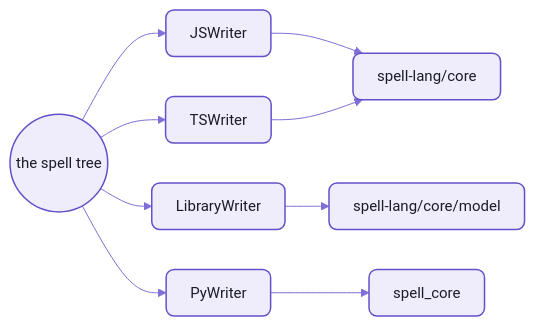
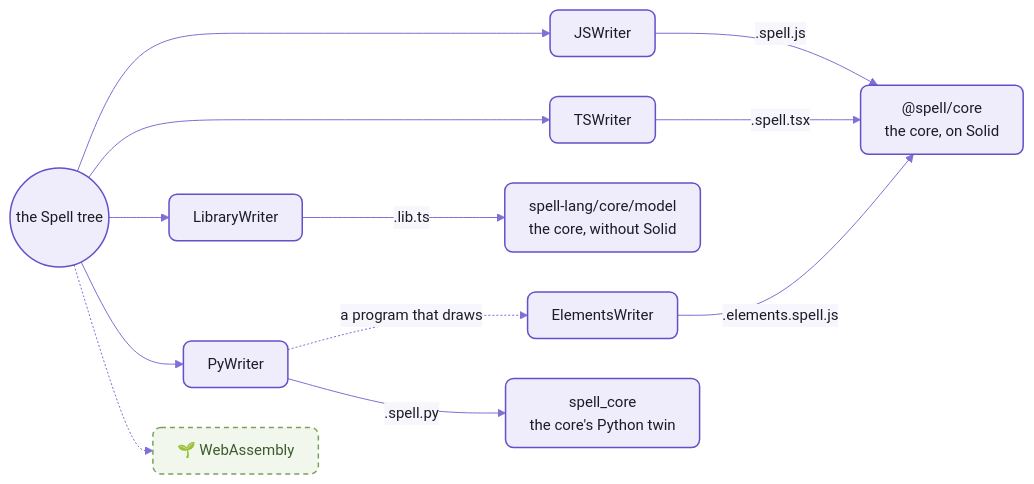
One commit to spell-app/spell changed the diagram in parser/README-targets.md. Above: the diagram before and after it, drawn with Mermaid. The commit also changed other lines of this file and 7 other files, not shown here.

Commit message:
readme P11:  Voice Rewrite -- spell-lang's seven pages in the chosen voice

````diff
--- a/parser/README-targets.md
+++ b/parser/README-targets.md
@@ -14,14 +70,19 @@
 ```mermaid
 %%{init: {"theme":"base","themeVariables":{"fontFamily":"-apple-system, BlinkMacSystemFont, Segoe UI, Helvetica, Arial, sans-serif","fontSize":"15px","primaryColor":"#EFECFB","primaryBorderColor":"#6550CA","primaryTextColor":"#1A1C27","secondaryColor":"#F4F1E9","tertiaryColor":"#F7F6FC","lineColor":"#7F6FD6","textColor":"#7F6FD6","clusterBkg":"#F7F6FC","clusterBorder":"#B9B0E8","titleColor":"#1A1C27","edgeLabelBackground":"#F7F6FC","actorBkg":"#EFECFB","actorBorder":"#6550CA","actorTextColor":"#1A1C27","actorLineColor":"#9C90DE","signalColor":"#7F6FD6","signalTextColor":"#7F6FD6","labelBoxBkgColor":"#EFECFB","labelBoxBorderColor":"#6550CA","labelTextColor":"#1A1C27","loopTextColor":"#7F6FD6","noteBkgColor":"#F1E7D4","noteBorderColor":"#C9B48A","noteTextColor":"#1A1C27","activationBkgColor":"#DCD6F7","activationBorderColor":"#6550CA","sequenceNumberColor":"#FFFFFF"},"flowchart":{"curve":"basis","padding":12,"nodeSpacing":40,"rankSpacing":44}}}%%
 flowchart LR
-  tree((the spell tree)) --> jsw[JSWriter]
-  tree --> tsw[TSWriter]
-  tree --> libw[LibraryWriter]
-  tree --> pyw[PyWriter]
-  jsw --> core[spell-lang/core]
-  tsw --> core
-  libw --> model[spell-lang/core/model]
-  pyw --> spellcore[spell_core]
+  tree((the Spell tree)) --> js[JSWriter]
+  tree --> ts[TSWriter]
+  tree --> lib[LibraryWriter]
+  tree --> py[PyWriter]
+  py -. a program that draws .-> el[ElementsWriter]
+  tree -.-> wasm[🌱 WebAssembly]
+  js -- .spell.js --> core["@spell/core<br/>the core, on Solid"]
+  ts -- .spell.tsx --> core
+  el -- .elements.spell.js --> core
+  lib -- .lib.ts --> model["spell-lang/core/model<br/>the core, without Solid"]
+  py -- .spell.py --> spc["spell_core<br/>the core's Python twin"]
   %% the Spell look:  yarn mermaid:pretty
   classDef default fill:#EFECFB,stroke:#6550CA,stroke-width:1.5px,color:#1A1C27,rx:8px,ry:8px
+  classDef coming fill:#F2F7EE,stroke:#7BA05B,stroke-width:1.5px,stroke-dasharray:5 4,color:#3D5A2A,rx:8px,ry:8px
+  class wasm coming
 ```
````
